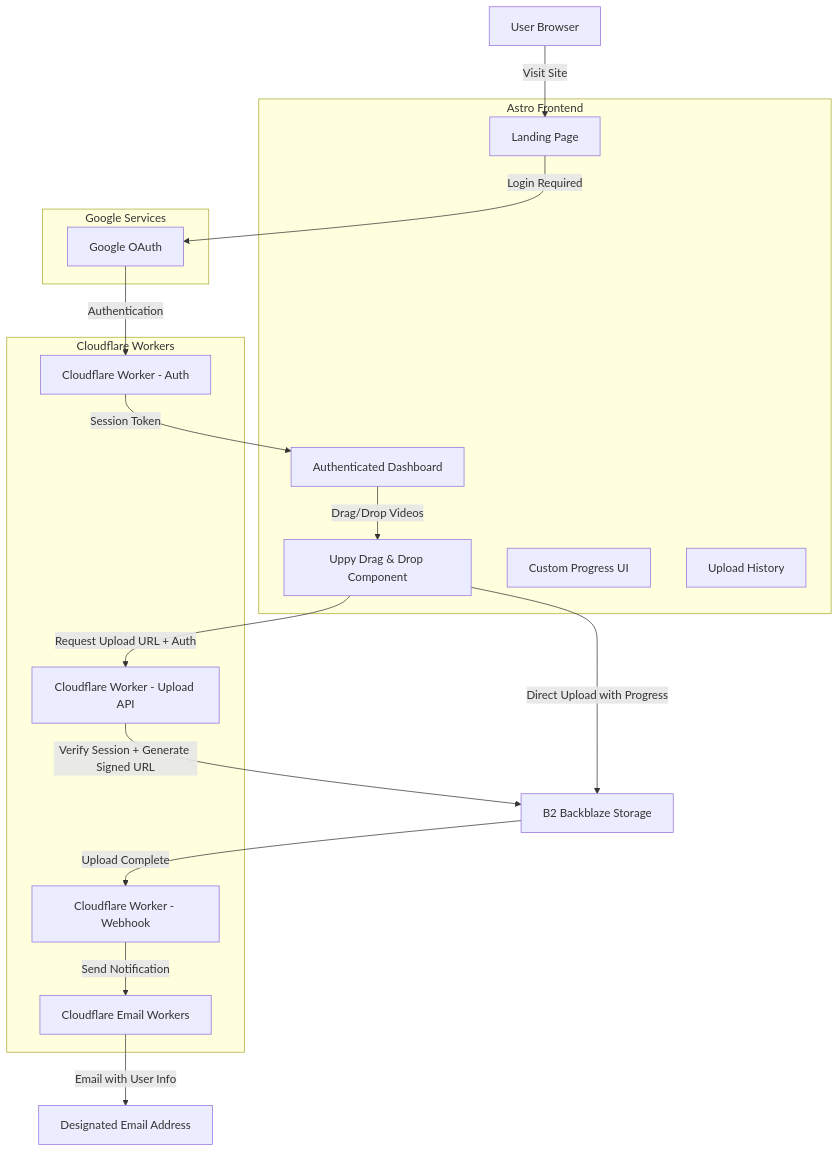
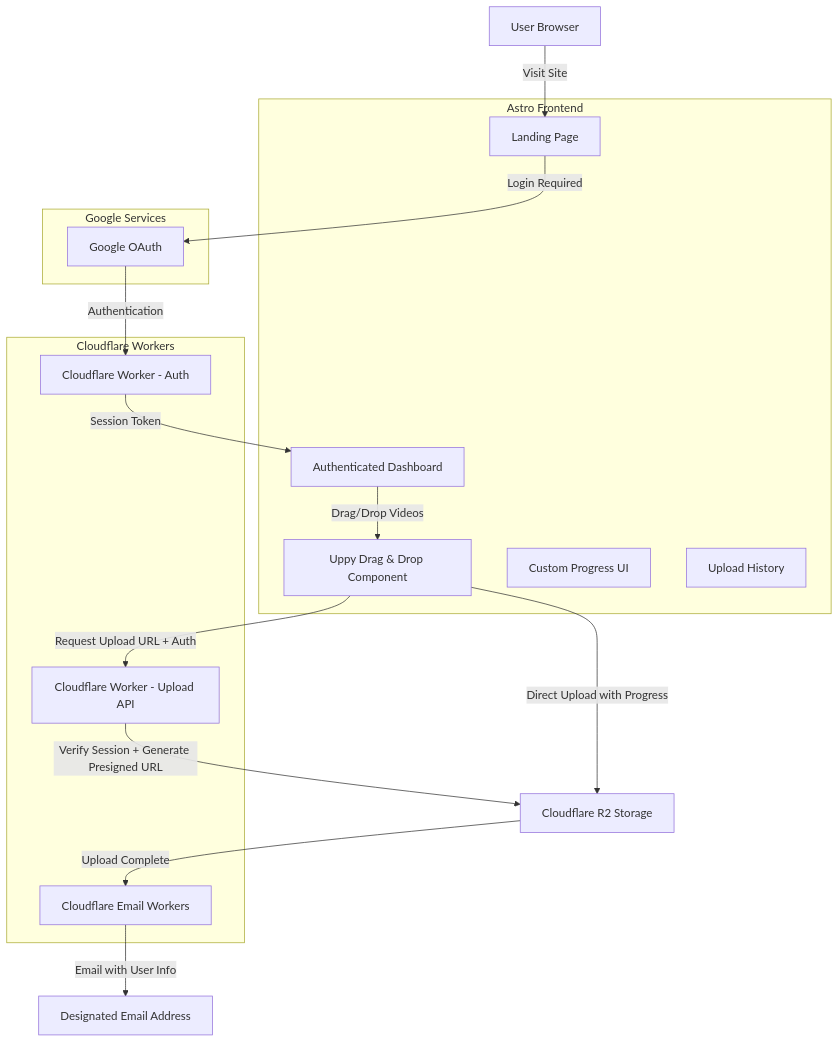
One commit to icanhasjonas/skydump changed the diagram in ARCHITECTURE_PLAN.md. Above: the diagram before and after it, drawn with Mermaid. The commit also changed other lines of this file and 14 other files, not shown here.

````diff
--- a/ARCHITECTURE_PLAN.md
+++ b/ARCHITECTURE_PLAN.md
@@ -14,33 +14,31 @@
 ```mermaid
 graph TB
     A[User Browser] -->|Visit Site| B[Landing Page]
     B -->|Login Required| C[Google OAuth]
     C -->|Authentication| D[Cloudflare Worker - Auth]
     D -->|Session Token| E[Authenticated Dashboard]
     E -->|Drag/Drop Videos| F[Uppy Drag & Drop Component]
     F -->|Request Upload URL + Auth| G[Cloudflare Worker - Upload API]
-    G -->|Verify Session + Generate Signed URL| H[B2 Backblaze Storage]
+    G -->|Verify Session + Generate Presigned URL| H[Cloudflare R2 Storage]
     F -->|Direct Upload with Progress| H
-    H -->|Upload Complete| I[Cloudflare Worker - Webhook]
-    I -->|Send Notification| J[Cloudflare Email Workers]
-    J -->|Email with User Info| K[Designated Email Address]
+    H -->|Upload Complete| I[Cloudflare Email Workers]
+    I -->|Email with User Info| J[Designated Email Address]
 
     subgraph "Astro Frontend"
         B
         E
         F
         L[Custom Progress UI]
         M[Upload History]
     end
 
     subgraph "Cloudflare Workers"
         D
         G
         I
-        J
     end
 
     subgraph "Google Services"
         C
     end
 ```
````
